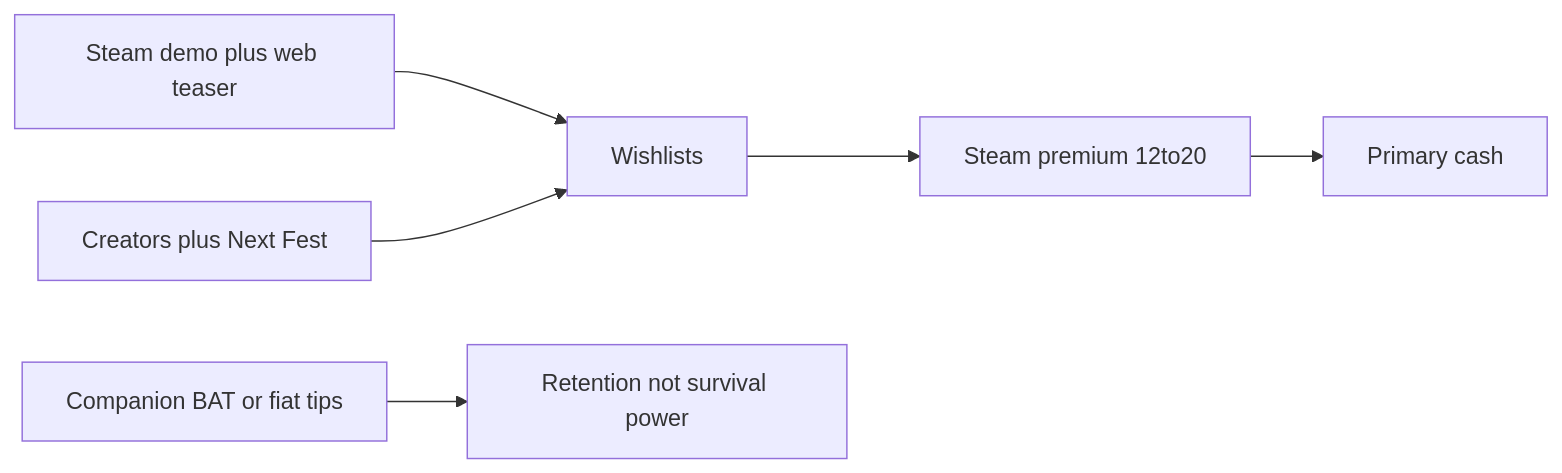
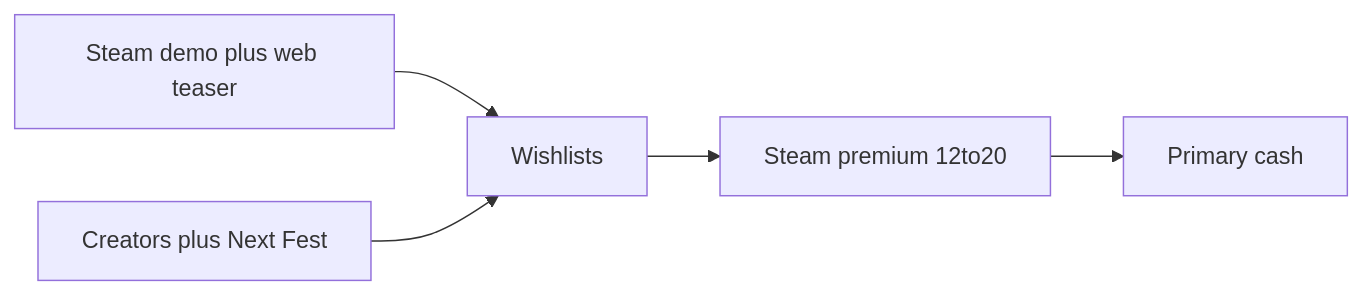
The diagram in _docs/LEAN_CANVAS.md (davidnekovarcz/marooned), drawn with Mermaid before and after one commit. The commit also changed other lines of this file and 1 other file, not shown here.

Commit message:
:memo: LEAN CANVAS (draft - removing BAT idea)

````diff
--- a/_docs/LEAN_CANVAS.md
+++ b/_docs/LEAN_CANVAS.md
@@ -30,12 +30,10 @@
 ```mermaid
 flowchart LR
   steam[Steam premium 12to20]
   demo[Steam demo plus web teaser]
   agency[Creators plus Next Fest]
-  bat[Companion BAT or fiat tips]
   steam --> cash[Primary cash]
   demo --> wishlists[Wishlists]
   agency --> wishlists
   wishlists --> steam
-  bat --> loyalty[Retention not survival power]
 ```
````
